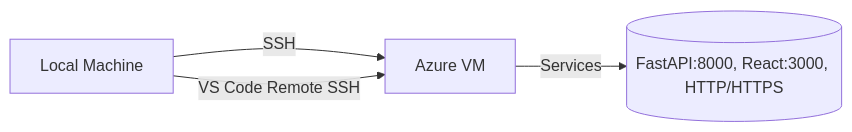
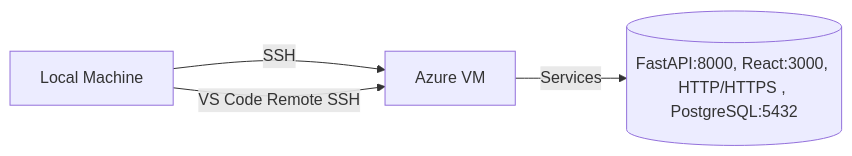
Before and after one commit to naharmustafa/Real_Time-face-recognition: the diagram in azure-setup.md, drawn with Mermaid. The commit also changed other lines of this file, not shown here.

````diff
--- a/azure-setup.md
+++ b/azure-setup.md
@@ -27,6 +28,6 @@
 ```mermaid
 flowchart LR
     A[Local Machine] -->|SSH| B[Azure VM]
     A -->|VS Code Remote SSH| B
-    B -->|Services| C[(FastAPI:8000, React:3000, HTTP/HTTPS)]
+    B -->|Services| C[(FastAPI:8000, React:3000, HTTP/HTTPS , PostgreSQL:5432)]
 ```
````
